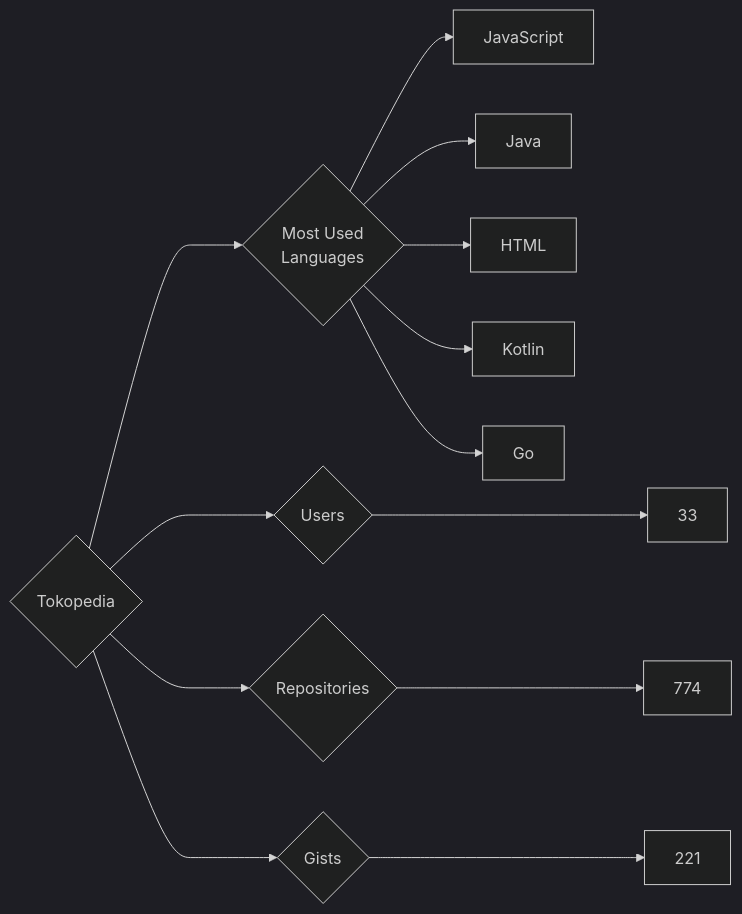
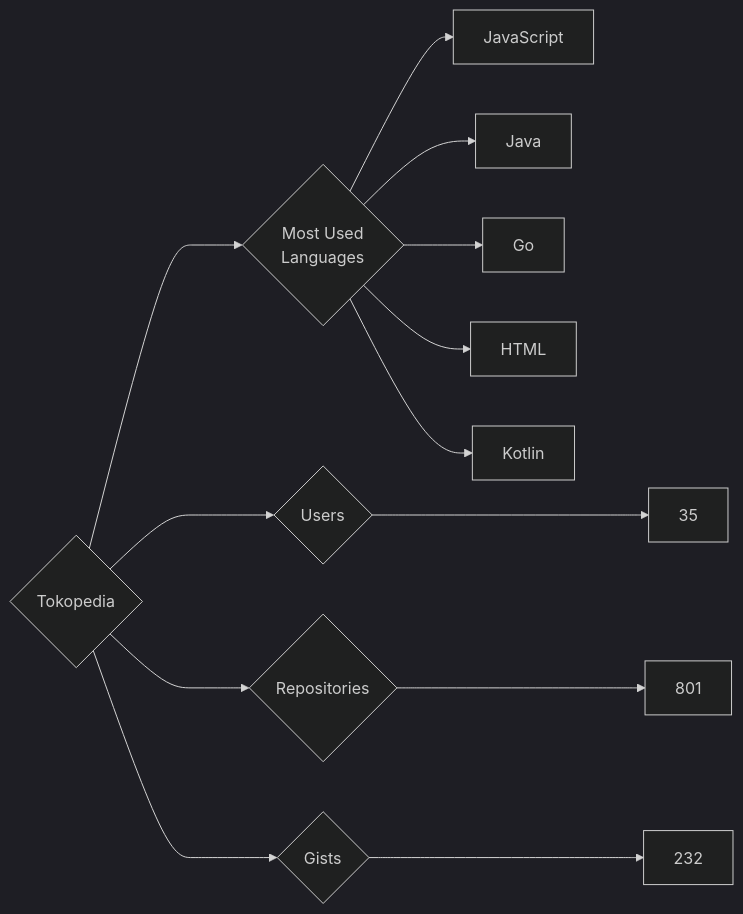
One commit to trickest/insiders changed the diagram in targets/Tokopedia/README.md. Above: the diagram before and after it, drawn with Mermaid (dark theme). The commit also changed 1484 other files, not shown here.

````diff
--- a/targets/Tokopedia/README.md
+++ b/targets/Tokopedia/README.md
@@ -3,13 +3,13 @@
 ```mermaid
 graph LR
 COMPANY_NAME{Tokopedia}
-COMPANY_NAME ---> U{Users} ---> UN[33]
-COMPANY_NAME ---> R{Repositories} ---> RN[774]
-COMPANY_NAME ---> G{Gists} ---> GN[221]
+COMPANY_NAME ---> U{Users} ---> UN[35]
+COMPANY_NAME ---> R{Repositories} ---> RN[801]
+COMPANY_NAME ---> G{Gists} ---> GN[232]
 COMPANY_NAME ---> ML{Most Used<br>Languages}
 ML --> JavaScript[JavaScript]
 ML --> Java[Java]
+ML --> Go[Go]
 ML --> HTML[HTML]
 ML --> Kotlin[Kotlin]
-ML --> Go[Go]
 ```
````
